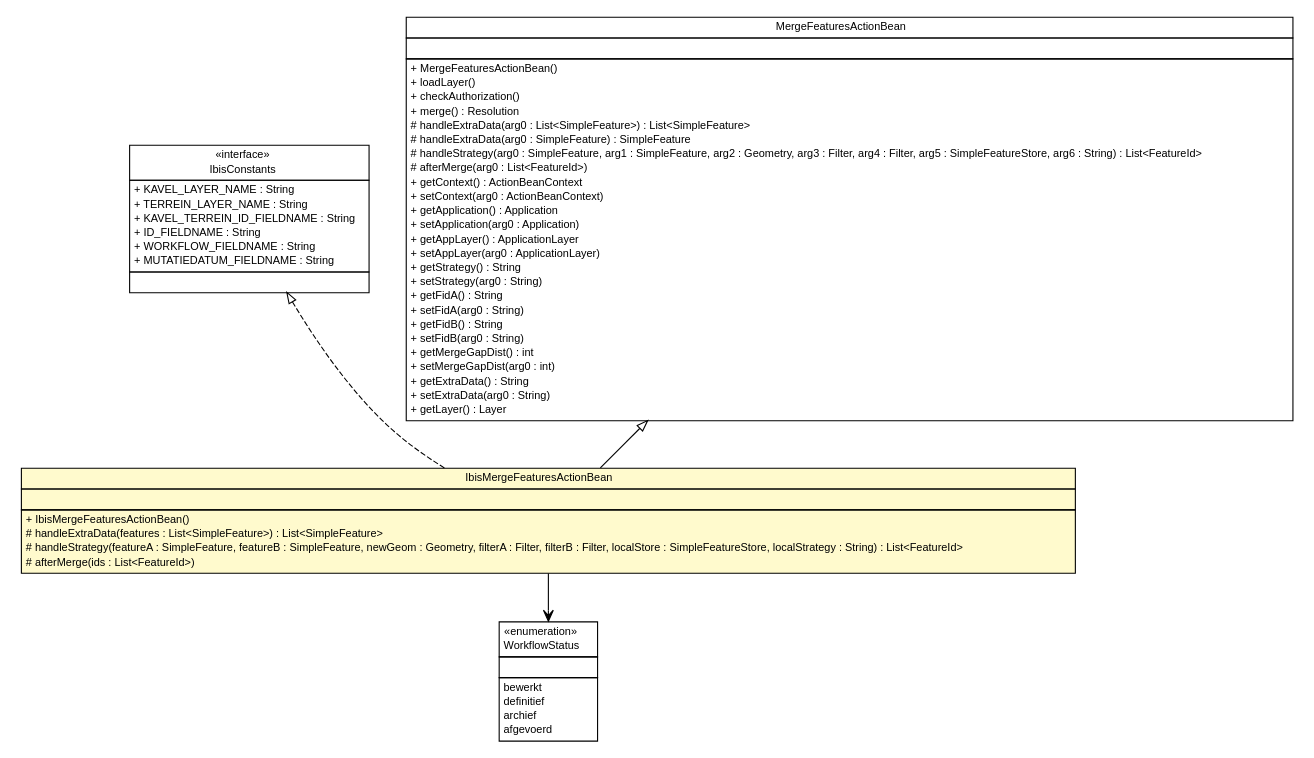
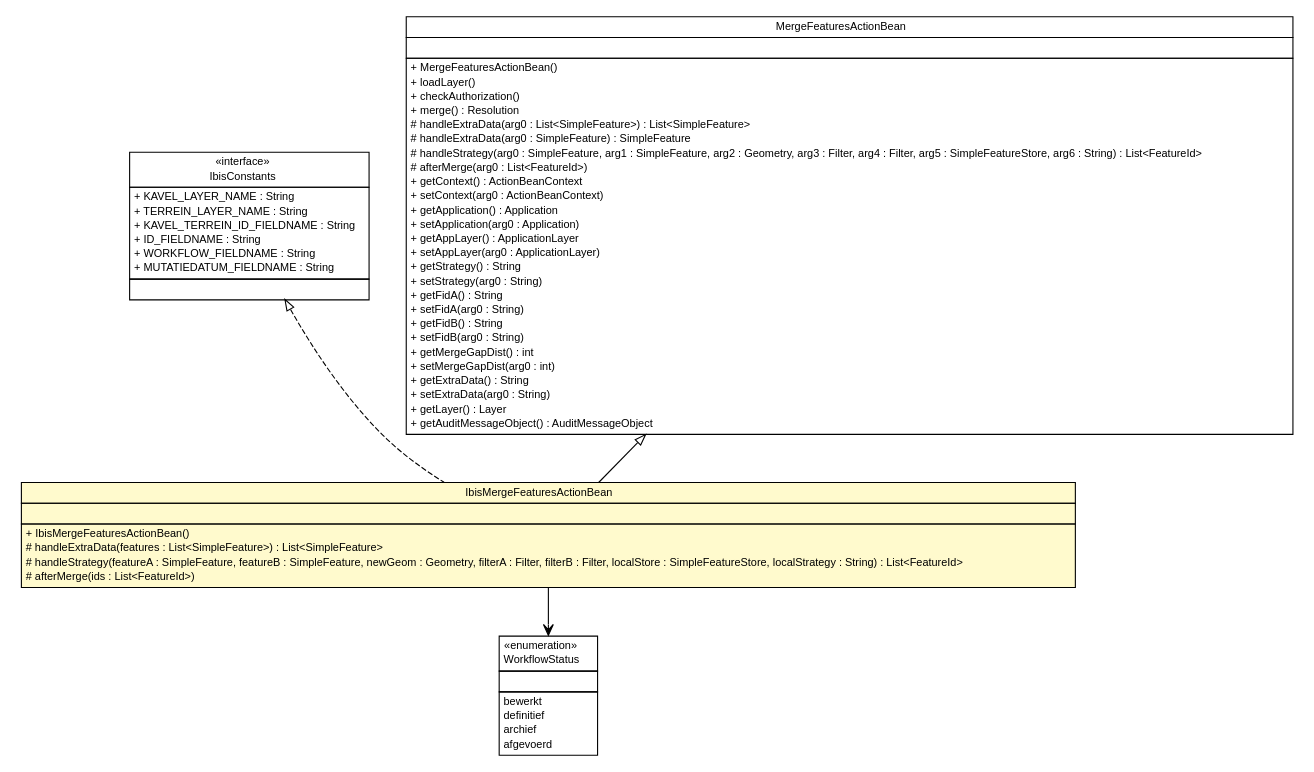
One commit to B3Partners/flamingo-ibis changed the diagram in ibis-viewer/apidocs/nl/b3p/viewer/stripes/IbisMergeFeaturesActionBean.dot. Above: the diagram before and after it, drawn with Graphviz. The commit also changed 408 other files, not shown here.

```diff
--- a/ibis-viewer/apidocs/nl/b3p/viewer/stripes/IbisMergeFeaturesActionBean.dot
+++ b/ibis-viewer/apidocs/nl/b3p/viewer/stripes/IbisMergeFeaturesActionBean.dot
@@ -1,103 +1,104 @@
 #!/usr/local/bin/dot
 #
 # Class diagram 
 # Generated by UMLGraph version R5_6-24-gf6e263 (http://www.umlgraph.org/)
 #
 
 digraph G {
 	edge [fontname="Helvetica",fontsize=10,labelfontname="Helvetica",labelfontsize=10];
 	node [fontname="Helvetica",fontsize=10,shape=plaintext];
 	nodesep=0.25;
 	ranksep=0.5;
 	// nl.b3p.viewer.stripes.IbisMergeFeaturesActionBean
-	c237 [label=<<table title="nl.b3p.viewer.stripes.IbisMergeFeaturesActionBean" border="0" cellborder="1" cellspacing="0" cellpadding="2" port="p" bgcolor="lemonChiffon" href="./IbisMergeFeaturesActionBean.html">
+	c241 [label=<<table title="nl.b3p.viewer.stripes.IbisMergeFeaturesActionBean" border="0" cellborder="1" cellspacing="0" cellpadding="2" port="p" bgcolor="lemonChiffon" href="./IbisMergeFeaturesActionBean.html">
 		<tr><td><table border="0" cellspacing="0" cellpadding="1">
 <tr><td align="center" balign="center"> IbisMergeFeaturesActionBean </td></tr>
 		</table></td></tr>
 		<tr><td><table border="0" cellspacing="0" cellpadding="1">
 <tr><td align="left" balign="left">  </td></tr>
 		</table></td></tr>
 		<tr><td><table border="0" cellspacing="0" cellpadding="1">
 <tr><td align="left" balign="left"> + IbisMergeFeaturesActionBean() </td></tr>
 <tr><td align="left" balign="left"> # handleExtraData(features : List&lt;SimpleFeature&gt;) : List&lt;SimpleFeature&gt; </td></tr>
 <tr><td align="left" balign="left"> # handleStrategy(featureA : SimpleFeature, featureB : SimpleFeature, newGeom : Geometry, filterA : Filter, filterB : Filter, localStore : SimpleFeatureStore, localStrategy : String) : List&lt;FeatureId&gt; </td></tr>
 <tr><td align="left" balign="left"> # afterMerge(ids : List&lt;FeatureId&gt;) </td></tr>
 		</table></td></tr>
 		</table>>, URL="./IbisMergeFeaturesActionBean.html", fontname="Helvetica", fontcolor="black", fontsize=10.0];
 	// nl.b3p.viewer.ibis.util.WorkflowStatus
-	c242 [label=<<table title="nl.b3p.viewer.ibis.util.WorkflowStatus" border="0" cellborder="1" cellspacing="0" cellpadding="2" port="p" href="../ibis/util/WorkflowStatus.html">
+	c246 [label=<<table title="nl.b3p.viewer.ibis.util.WorkflowStatus" border="0" cellborder="1" cellspacing="0" cellpadding="2" port="p" href="../ibis/util/WorkflowStatus.html">
 		<tr><td><table border="0" cellspacing="0" cellpadding="1">
 <tr><td align="center" balign="center"> &#171;enumeration&#187; </td></tr>
 <tr><td align="center" balign="center"> WorkflowStatus </td></tr>
 		</table></td></tr>
 		<tr><td><table border="0" cellspacing="0" cellpadding="1">
 <tr><td align="left" balign="left">  </td></tr>
 		</table></td></tr>
 		<tr><td><table border="0" cellspacing="0" cellpadding="1">
 <tr><td align="left" balign="left"> bewerkt </td></tr>
 <tr><td align="left" balign="left"> definitief </td></tr>
 <tr><td align="left" balign="left"> archief </td></tr>
 <tr><td align="left" balign="left"> afgevoerd </td></tr>
 		</table></td></tr>
 		</table>>, URL="../ibis/util/WorkflowStatus.html", fontname="Helvetica", fontcolor="black", fontsize=10.0];
 	// nl.b3p.viewer.ibis.util.IbisConstants
-	c243 [label=<<table title="nl.b3p.viewer.ibis.util.IbisConstants" border="0" cellborder="1" cellspacing="0" cellpadding="2" port="p" href="../ibis/util/IbisConstants.html">
+	c247 [label=<<table title="nl.b3p.viewer.ibis.util.IbisConstants" border="0" cellborder="1" cellspacing="0" cellpadding="2" port="p" href="../ibis/util/IbisConstants.html">
 		<tr><td><table border="0" cellspacing="0" cellpadding="1">
 <tr><td align="center" balign="center"> &#171;interface&#187; </td></tr>
 <tr><td align="center" balign="center"> IbisConstants </td></tr>
 		</table></td></tr>
 		<tr><td><table border="0" cellspacing="0" cellpadding="1">
 <tr><td align="left" balign="left"> + KAVEL_LAYER_NAME : String </td></tr>
 <tr><td align="left" balign="left"> + TERREIN_LAYER_NAME : String </td></tr>
 <tr><td align="left" balign="left"> + KAVEL_TERREIN_ID_FIELDNAME : String </td></tr>
 <tr><td align="left" balign="left"> + ID_FIELDNAME : String </td></tr>
 <tr><td align="left" balign="left"> + WORKFLOW_FIELDNAME : String </td></tr>
 <tr><td align="left" balign="left"> + MUTATIEDATUM_FIELDNAME : String </td></tr>
 		</table></td></tr>
 		<tr><td><table border="0" cellspacing="0" cellpadding="1">
 <tr><td align="left" balign="left">  </td></tr>
 		</table></td></tr>
 		</table>>, URL="../ibis/util/IbisConstants.html", fontname="Helvetica", fontcolor="black", fontsize=10.0];
 	//nl.b3p.viewer.stripes.IbisMergeFeaturesActionBean extends nl.b3p.viewer.stripes.MergeFeaturesActionBean
-	c245:p -> c237:p [dir=back,arrowtail=empty];
+	c249:p -> c241:p [dir=back,arrowtail=empty];
 	//nl.b3p.viewer.stripes.IbisMergeFeaturesActionBean implements nl.b3p.viewer.ibis.util.IbisConstants
-	c243:p -> c237:p [dir=back,arrowtail=empty,style=dashed];
+	c247:p -> c241:p [dir=back,arrowtail=empty,style=dashed];
 	// nl.b3p.viewer.stripes.IbisMergeFeaturesActionBean NAVASSOC nl.b3p.viewer.ibis.util.WorkflowStatus
-	c237:p -> c242:p [taillabel="", label="", headlabel="", fontname="Helvetica", fontcolor="black", fontsize=10.0, color="black", arrowhead=open];
+	c241:p -> c246:p [taillabel="", label="", headlabel="", fontname="Helvetica", fontcolor="black", fontsize=10.0, color="black", arrowhead=open];
 	// nl.b3p.viewer.stripes.MergeFeaturesActionBean
-	c245 [label=<<table title="nl.b3p.viewer.stripes.MergeFeaturesActionBean" border="0" cellborder="1" cellspacing="0" cellpadding="2" port="p">
+	c249 [label=<<table title="nl.b3p.viewer.stripes.MergeFeaturesActionBean" border="0" cellborder="1" cellspacing="0" cellpadding="2" port="p">
 		<tr><td><table border="0" cellspacing="0" cellpadding="1">
 <tr><td align="center" balign="center"> MergeFeaturesActionBean </td></tr>
 		</table></td></tr>
 		<tr><td><table border="0" cellspacing="0" cellpadding="1">
 <tr><td align="left" balign="left">  </td></tr>
 		</table></td></tr>
 		<tr><td><table border="0" cellspacing="0" cellpadding="1">
 <tr><td align="left" balign="left"> + MergeFeaturesActionBean() </td></tr>
 <tr><td align="left" balign="left"> + loadLayer() </td></tr>
 <tr><td align="left" balign="left"> + checkAuthorization() </td></tr>
 <tr><td align="left" balign="left"> + merge() : Resolution </td></tr>
 <tr><td align="left" balign="left"> # handleExtraData(arg0 : List&lt;SimpleFeature&gt;) : List&lt;SimpleFeature&gt; </td></tr>
 <tr><td align="left" balign="left"> # handleExtraData(arg0 : SimpleFeature) : SimpleFeature </td></tr>
 <tr><td align="left" balign="left"> # handleStrategy(arg0 : SimpleFeature, arg1 : SimpleFeature, arg2 : Geometry, arg3 : Filter, arg4 : Filter, arg5 : SimpleFeatureStore, arg6 : String) : List&lt;FeatureId&gt; </td></tr>
 <tr><td align="left" balign="left"> # afterMerge(arg0 : List&lt;FeatureId&gt;) </td></tr>
 <tr><td align="left" balign="left"> + getContext() : ActionBeanContext </td></tr>
 <tr><td align="left" balign="left"> + setContext(arg0 : ActionBeanContext) </td></tr>
 <tr><td align="left" balign="left"> + getApplication() : Application </td></tr>
 <tr><td align="left" balign="left"> + setApplication(arg0 : Application) </td></tr>
 <tr><td align="left" balign="left"> + getAppLayer() : ApplicationLayer </td></tr>
 <tr><td align="left" balign="left"> + setAppLayer(arg0 : ApplicationLayer) </td></tr>
 <tr><td align="left" balign="left"> + getStrategy() : String </td></tr>
 <tr><td align="left" balign="left"> + setStrategy(arg0 : String) </td></tr>
 <tr><td align="left" balign="left"> + getFidA() : String </td></tr>
 <tr><td align="left" balign="left"> + setFidA(arg0 : String) </td></tr>
 <tr><td align="left" balign="left"> + getFidB() : String </td></tr>
 <tr><td align="left" balign="left"> + setFidB(arg0 : String) </td></tr>
 <tr><td align="left" balign="left"> + getMergeGapDist() : int </td></tr>
 <tr><td align="left" balign="left"> + setMergeGapDist(arg0 : int) </td></tr>
 <tr><td align="left" balign="left"> + getExtraData() : String </td></tr>
 <tr><td align="left" balign="left"> + setExtraData(arg0 : String) </td></tr>
 <tr><td align="left" balign="left"> + getLayer() : Layer </td></tr>
+<tr><td align="left" balign="left"> + getAuditMessageObject() : AuditMessageObject </td></tr>
 		</table></td></tr>
 		</table>>, URL="null", fontname="Helvetica", fontcolor="black", fontsize=10.0];
 }
```
